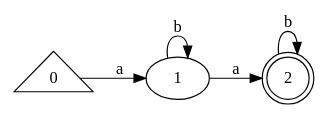
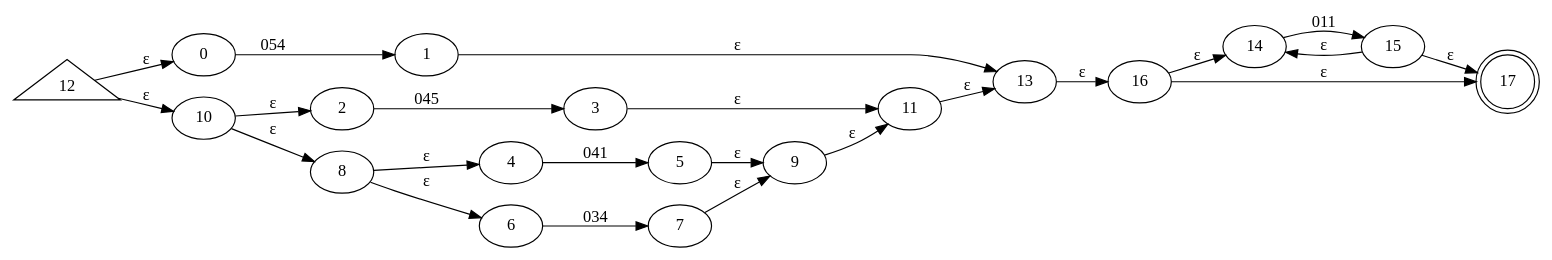
Before and after one commit to guillermoSb/UVG_Compis1_Lab: the diagram in automaton.gv, drawn with Graphviz. The commit also changed 5 other files, not shown here.

```diff
--- a/automaton.gv
+++ b/automaton.gv
@@ -1,9 +1,43 @@
 digraph {
 	graph [rankdir=LR]
-	0 [shape=triangle]
-	2 [shape=doublecircle]
-	0 -> 1 [label=a]
-	1 -> 2 [label=a]
-	1 -> 1 [label=b]
-	2 -> 2 [label=b]
+	0
+	1
+	2
+	3
+	4
+	5
+	6
+	7
+	8
+	9
+	10
+	11
+	12 [shape=triangle]
+	13
+	14
+	15
+	16
+	17 [shape=doublecircle]
+	0 -> 1 [label=054]
+	1 -> 13 [label="ε"]
+	2 -> 3 [label=045]
+	3 -> 11 [label="ε"]
+	4 -> 5 [label=041]
+	5 -> 9 [label="ε"]
+	6 -> 7 [label=034]
+	7 -> 9 [label="ε"]
+	8 -> 4 [label="ε"]
+	8 -> 6 [label="ε"]
+	9 -> 11 [label="ε"]
+	10 -> 2 [label="ε"]
+	10 -> 8 [label="ε"]
+	11 -> 13 [label="ε"]
+	12 -> 0 [label="ε"]
+	12 -> 10 [label="ε"]
+	13 -> 16 [label="ε"]
+	14 -> 15 [label=011]
+	15 -> 14 [label="ε"]
+	15 -> 17 [label="ε"]
+	16 -> 14 [label="ε"]
+	16 -> 17 [label="ε"]
 }
```
